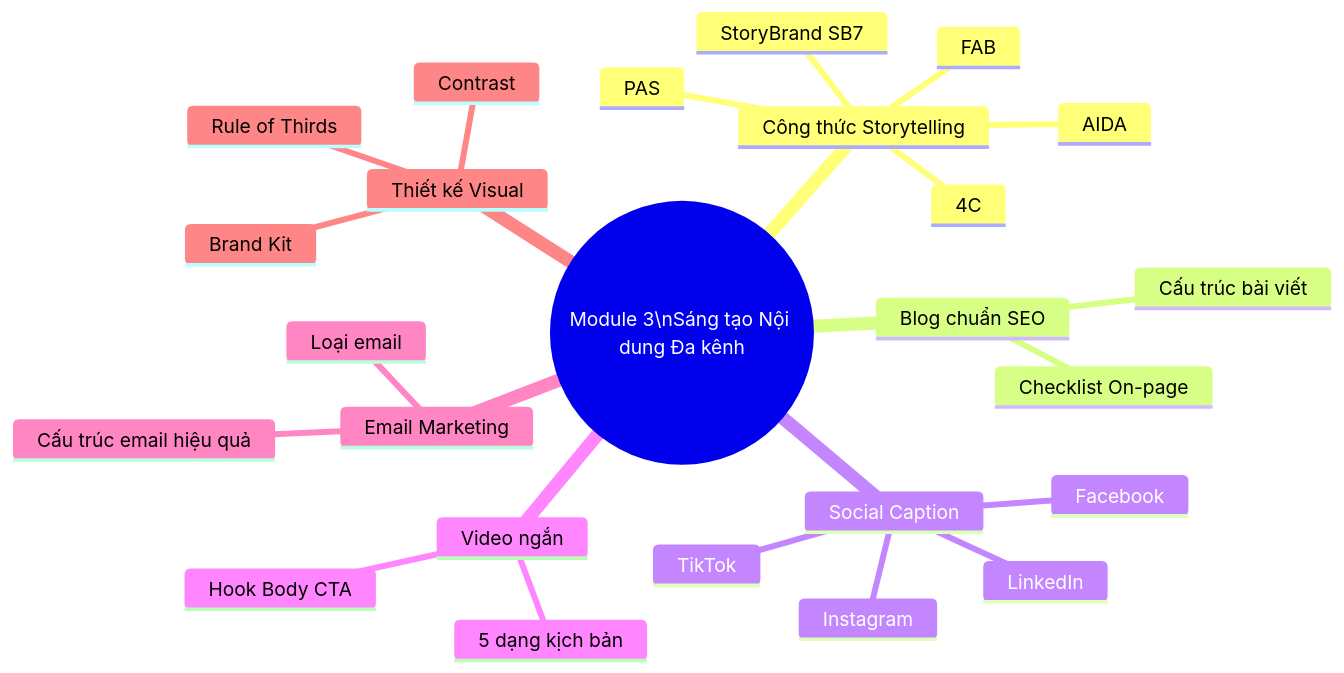
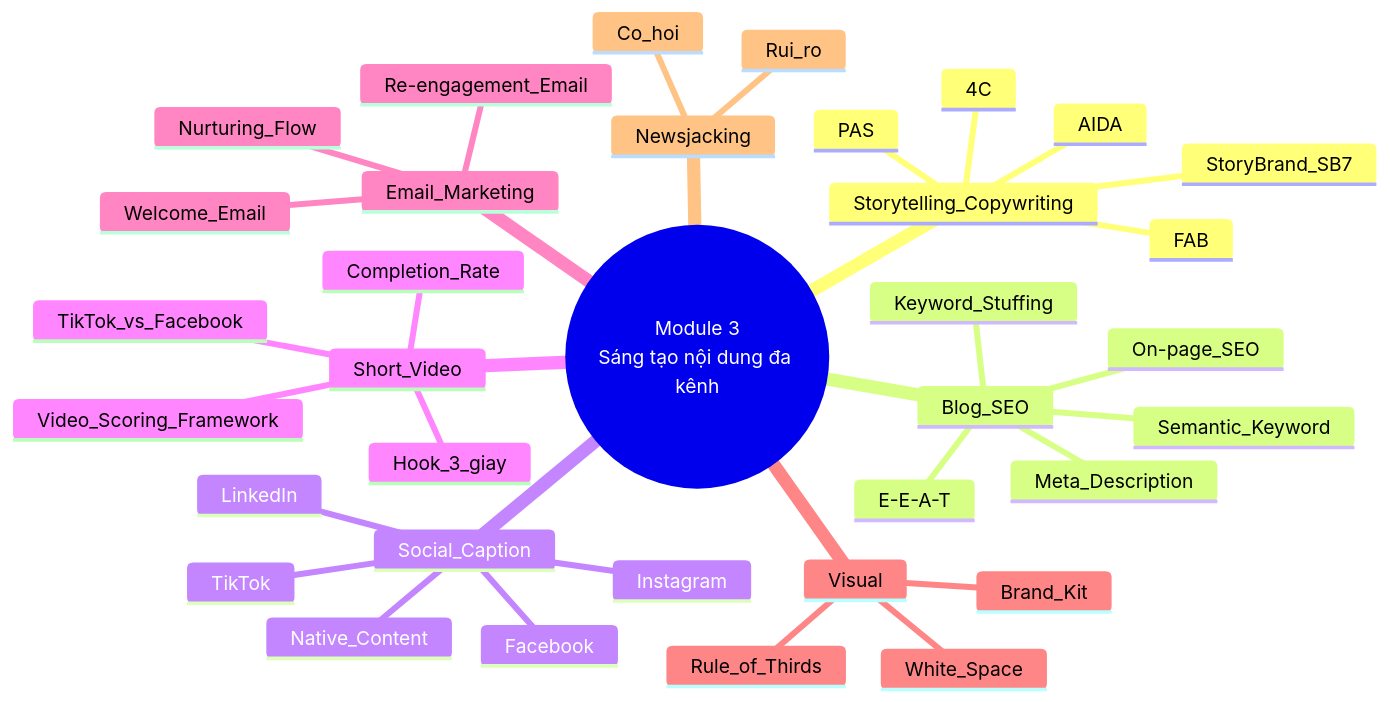
The second of 2 diagrams in content-marketing/content-frame/03-MODULE-3-SANG-TAO-NOI-DUNG-DA-KENH.md (PhamVanThai96/hello-affiliate), drawn with Mermaid before and after one commit. The commit also changed other lines of this file and 6 other files, not shown here.

````diff
--- a/content-marketing/content-frame/03-MODULE-3-SANG-TAO-NOI-DUNG-DA-KENH.md
+++ b/content-marketing/content-frame/03-MODULE-3-SANG-TAO-NOI-DUNG-DA-KENH.md
@@ -236,28 +1024,39 @@
 ```mermaid
 mindmap
-  root((Module 3\nSáng tạo Nội dung Đa kênh))
-    Công thức Storytelling
+  root((Module 3
+Sáng tạo nội dung đa kênh))
+    Storytelling_Copywriting
       AIDA
       PAS
       FAB
       4C
-      StoryBrand SB7
-    Blog chuẩn SEO
-      Cấu trúc bài viết
-      Checklist On-page
-    Social Caption
+      StoryBrand_SB7
+    Blog_SEO
+      On-page_SEO
+      Meta_Description
+      Semantic_Keyword
+      Keyword_Stuffing
+      E-E-A-T
+    Social_Caption
+      Native_Content
       Facebook
       Instagram
       TikTok
       LinkedIn
-    Video ngắn
-      Hook Body CTA
-      5 dạng kịch bản
-    Email Marketing
-      Loại email
-      Cấu trúc email hiệu quả
-    Thiết kế Visual
-      Rule of Thirds
-      Contrast
-      Brand Kit
+    Short_Video
+      Hook_3_giay
+      Completion_Rate
+      TikTok_vs_Facebook
+      Video_Scoring_Framework
+    Email_Marketing
+      Nurturing_Flow
+      Welcome_Email
+      Re-engagement_Email
+    Visual
+      Rule_of_Thirds
+      White_Space
+      Brand_Kit
+    Newsjacking
+      Co_hoi
+      Rui_ro
 ```
````
